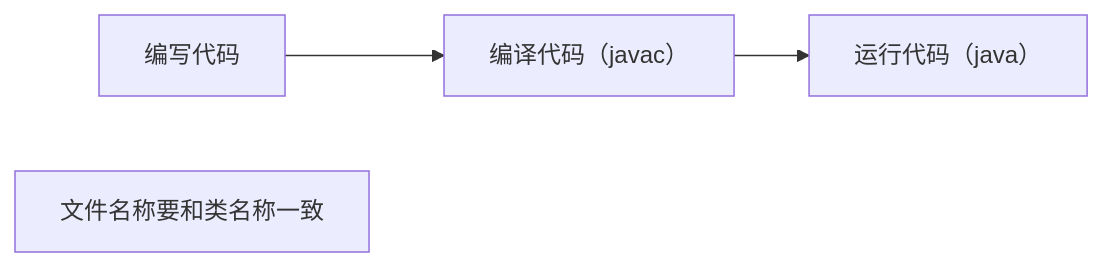
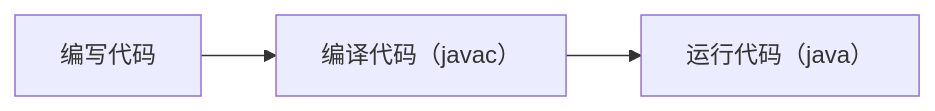
The first of 2 diagrams in NOTE/java/7.31/Java基础.md (yanyinan/program), drawn with Mermaid before and after one commit. The commit also changed other lines of this file and 6 other files, not shown here.

````diff
--- a/NOTE/java/7.31/Java基础.md
+++ b/NOTE/java/7.31/Java基础.md
@@ -74,5 +87,4 @@
 ```mermaid
 flowchart LR
     编写代码 --> A["编译代码（javac）"] --> B["运行代码（java）"]
-文件名称要和类名称一致
 ```
````
